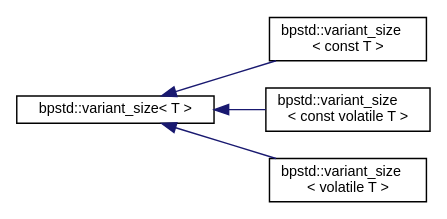
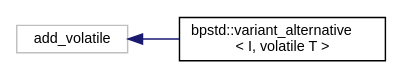
Before and after one commit to bitwizeshift/BackportCpp: the diagram in api/latest/inherit_graph_71.dot, drawn with Graphviz. The commit also changed 126 other files, not shown here.

```diff
--- a/api/latest/inherit_graph_71.dot
+++ b/api/latest/inherit_graph_71.dot
@@ -1,13 +1,9 @@
 digraph "Graphical Class Hierarchy"
 {
   edge [fontname="Helvetica",fontsize="10",labelfontname="Helvetica",labelfontsize="10"];
   node [fontname="Helvetica",fontsize="10",shape=record];
   rankdir="LR";
-  Node0 [label="bpstd::variant_size\< T \>",height=0.2,width=0.4,color="black", fillcolor="white", style="filled",URL="$d1/d13/structbpstd_1_1variant__size.html",tooltip="Provides access to the number of alternatives in a possibly cv-qualified variant as a compile-time co..."];
-  Node0 -> Node1 [dir="back",color="midnightblue",fontsize="10",style="solid",fontname="Helvetica"];
-  Node1 [label="bpstd::variant_size\l\< const T \>",height=0.2,width=0.4,color="black", fillcolor="white", style="filled",URL="$d2/d8f/structbpstd_1_1variant__size_3_01const_01_t_01_4.html"];
-  Node0 -> Node2 [dir="back",color="midnightblue",fontsize="10",style="solid",fontname="Helvetica"];
-  Node2 [label="bpstd::variant_size\l\< const volatile T \>",height=0.2,width=0.4,color="black", fillcolor="white", style="filled",URL="$da/d3e/structbpstd_1_1variant__size_3_01const_01volatile_01_t_01_4.html"];
-  Node0 -> Node3 [dir="back",color="midnightblue",fontsize="10",style="solid",fontname="Helvetica"];
-  Node3 [label="bpstd::variant_size\l\< volatile T \>",height=0.2,width=0.4,color="black", fillcolor="white", style="filled",URL="$d9/d4a/structbpstd_1_1variant__size_3_01volatile_01_t_01_4.html"];
+  Node92 [label="add_volatile",height=0.2,width=0.4,color="grey75", fillcolor="white", style="filled"];
+  Node92 -> Node0 [dir="back",color="midnightblue",fontsize="10",style="solid",fontname="Helvetica"];
+  Node0 [label="bpstd::variant_alternative\l\< I, volatile T \>",height=0.2,width=0.4,color="black", fillcolor="white", style="filled",URL="$dc/d69/structbpstd_1_1variant__alternative_3_01_i_00_01volatile_01_t_01_4.html"];
 }
```
